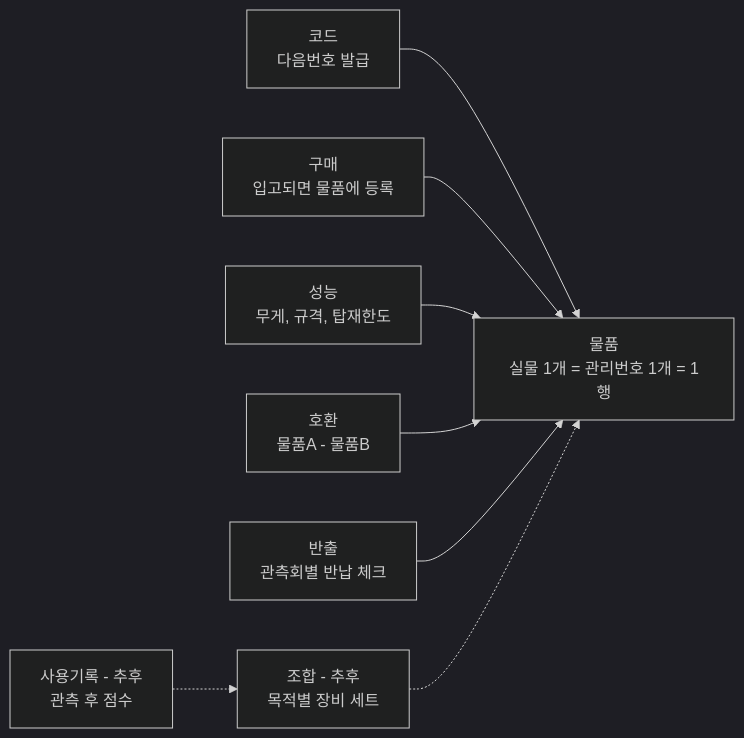
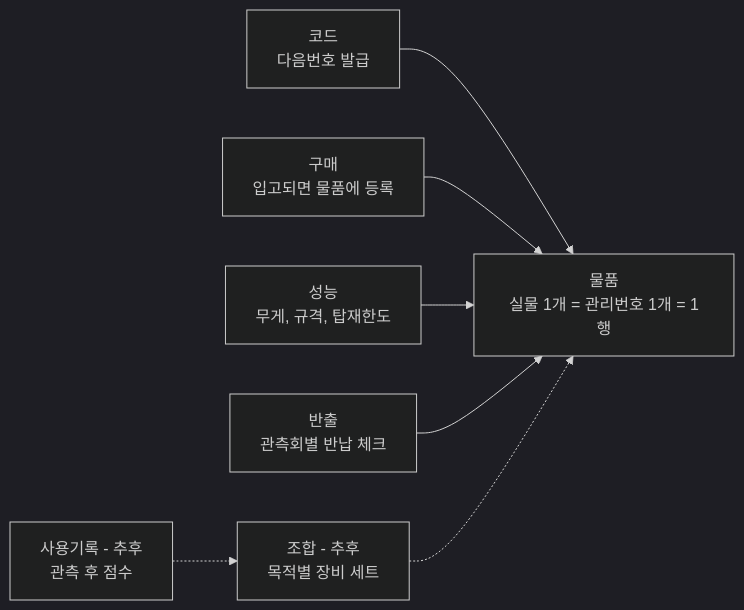
The diagram in README.md (jiwon-astro/kaist-starflower-inventory), drawn with Mermaid (dark theme) before and after one commit. The commit also changed other lines of this file and 3 other files, not shown here.

````diff
--- a/README.md
+++ b/README.md
@@ -27,11 +28,10 @@
 ```mermaid
 flowchart LR
   n0["물품<br/>실물 1개 = 관리번호 1개 = 1행"]
   n1["코드<br/>다음번호 발급"] --> n0
   n2["구매<br/>입고되면 물품에 등록"] --> n0
   n3["성능<br/>무게, 규격, 탑재한도"] --> n0
-  n4["호환<br/>물품A - 물품B"] --> n0
   n5["반출<br/>관측회별 반납 체크"] --> n0
   n6["조합 - 추후<br/>목적별 장비 세트"] -.-> n0
   n7["사용기록 - 추후<br/>관측 후 점수"] -.-> n6
 ```
````
